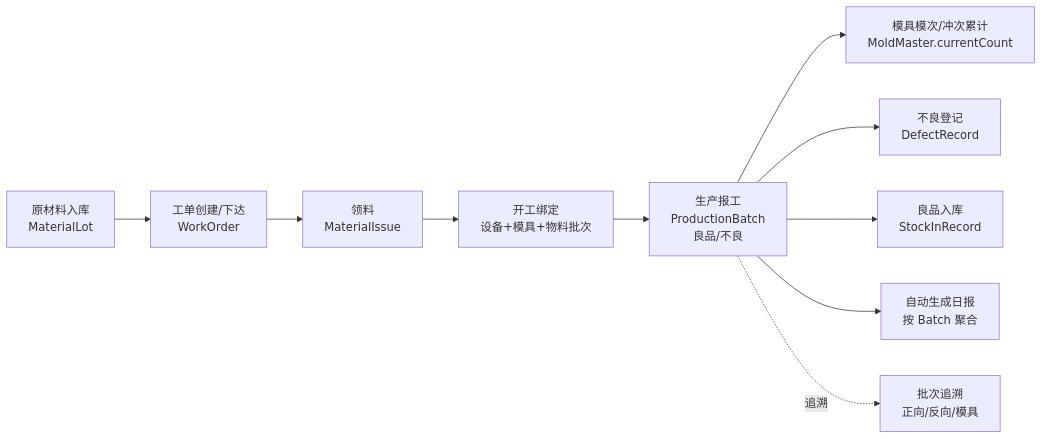
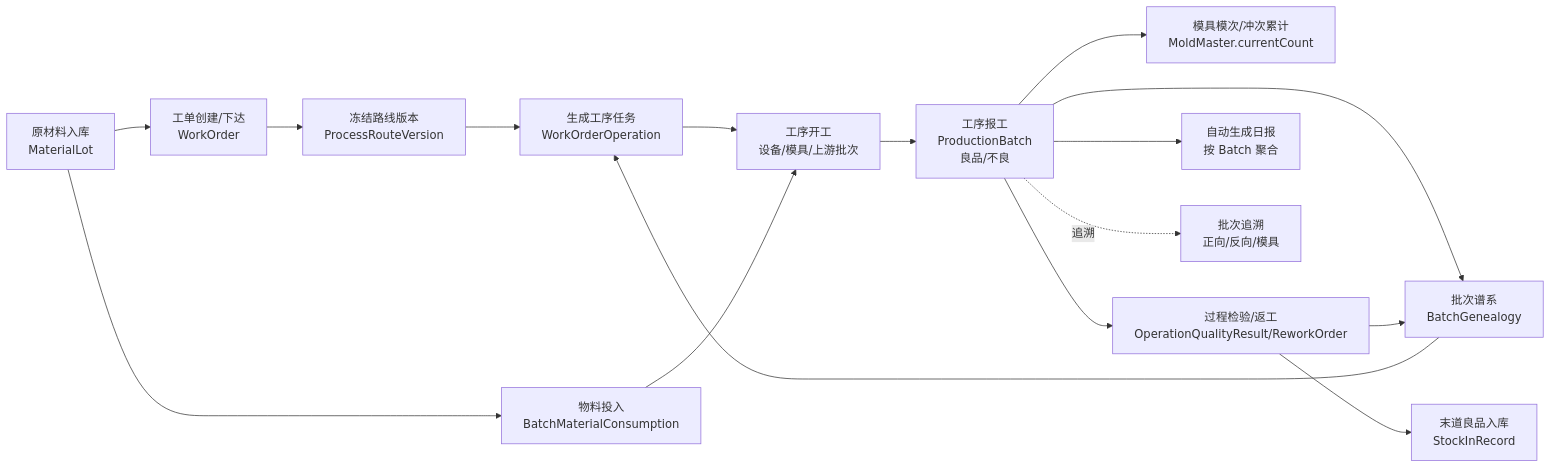
Before and after one commit to wangpeng1017/0712taiguomes: the diagram in PROJECT_INDEX.md, drawn with Mermaid. The commit also changed other lines of this file and 45 other files, not shown here.

Commit message:
feat(mes): add process routing and operation traceability

````diff
--- a/PROJECT_INDEX.md
+++ b/PROJECT_INDEX.md
@@ -28,12 +28,18 @@
 ```mermaid
 flowchart LR
     A[原材料入库<br/>MaterialLot] --> B[工单创建/下达<br/>WorkOrder]
-    B --> C[领料<br/>MaterialIssue]
-    C --> D[开工绑定<br/>设备+模具+物料批次]
-    D --> E[生产报工<br/>ProductionBatch<br/>良品/不良]
+    B --> R[冻结路线版本<br/>ProcessRouteVersion]
+    R --> O[生成工序任务<br/>WorkOrderOperation]
+    A --> C[物料投入<br/>BatchMaterialConsumption]
+    O --> D[工序开工<br/>设备/模具/上游批次]
+    C --> D
+    D --> E[工序报工<br/>ProductionBatch<br/>良品/不良]
     E --> F[模具模次/冲次累计<br/>MoldMaster.currentCount]
     E --> G[不良登记<br/>DefectRecord]
-    E --> H[良品入库<br/>StockInRecord]
+    E --> Q[过程检验/返工<br/>OperationQualityResult/ReworkOrder]
+    Q --> G[批次谱系<br/>BatchGenealogy]
+    G --> O
+    Q --> H[末道良品入库<br/>StockInRecord]
     E --> I[自动生成日报<br/>按 Batch 聚合]
     E -.追溯.-> J[批次追溯<br/>正向/反向/模具]
 ```
````
